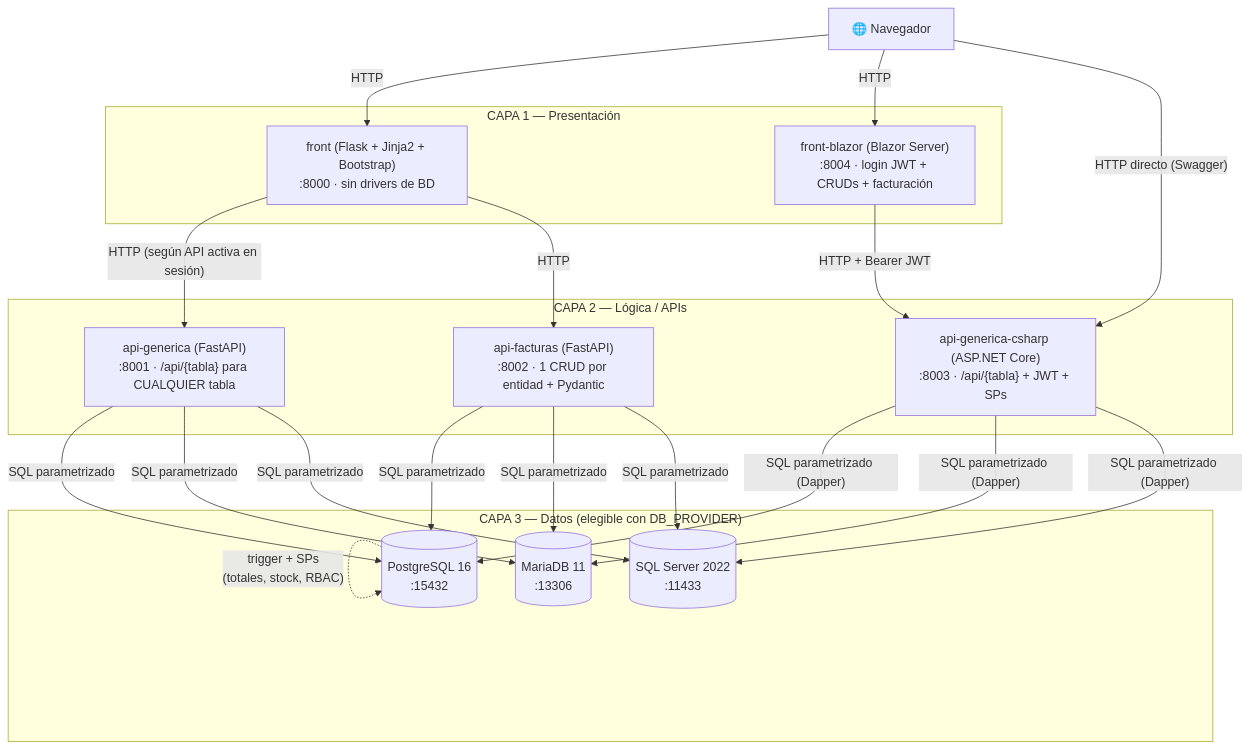
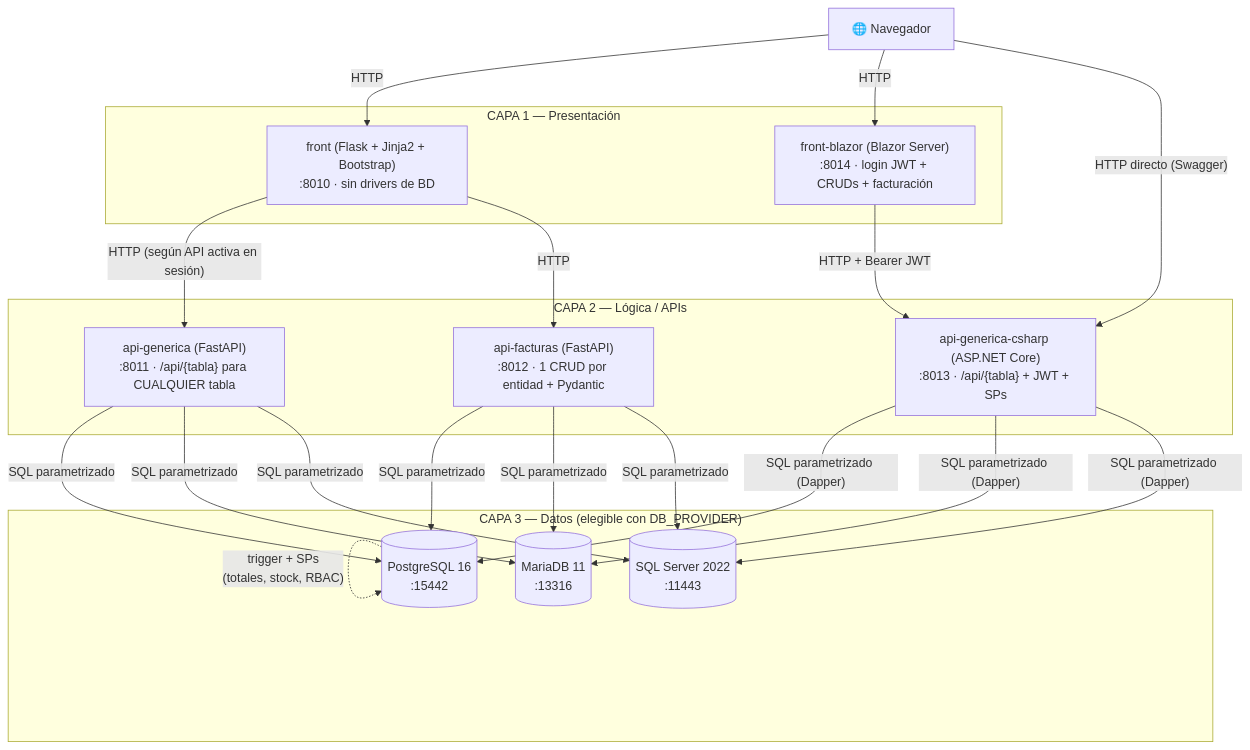
One commit to ccastro2050/proyecto_construccion1 changed the second of 8 diagrams in README.md. Above: the diagram before and after it, drawn with Mermaid. The commit also changed other lines of this file and 60 other files, not shown here.

````diff
--- a/README.md
+++ b/README.md
@@ -170,32 +170,32 @@
 ```mermaid
 flowchart TB
     NAV["🌐 Navegador"]
 
     subgraph CAPA1["CAPA 1 — Presentación"]
-        FRONT["front (Flask + Jinja2 + Bootstrap)<br/>:8000 · sin drivers de BD"]
-        FBLZ["front-blazor (Blazor Server)<br/>:8004 · login JWT + CRUDs + facturación"]
+        FRONT["front (Flask + Jinja2 + Bootstrap)<br/>:8010 · sin drivers de BD"]
+        FBLZ["front-blazor (Blazor Server)<br/>:8014 · login JWT + CRUDs + facturación"]
     end
 
     subgraph CAPA2["CAPA 2 — Lógica / APIs"]
-        AG["api-generica (FastAPI)<br/>:8001 · /api/{tabla} para CUALQUIER tabla"]
-        AF["api-facturas (FastAPI)<br/>:8002 · 1 CRUD por entidad + Pydantic"]
-        AGC["api-generica-csharp (ASP.NET Core)<br/>:8003 · /api/{tabla} + JWT + SPs"]
+        AG["api-generica (FastAPI)<br/>:8011 · /api/{tabla} para CUALQUIER tabla"]
+        AF["api-facturas (FastAPI)<br/>:8012 · 1 CRUD por entidad + Pydantic"]
+        AGC["api-generica-csharp (ASP.NET Core)<br/>:8013 · /api/{tabla} + JWT + SPs"]
     end
 
     subgraph CAPA3["CAPA 3 — Datos (elegible con DB_PROVIDER)"]
-        PG[("PostgreSQL 16<br/>:15432")]
-        MA[("MariaDB 11<br/>:13306")]
-        MS[("SQL Server 2022<br/>:11433")]
+        PG[("PostgreSQL 16<br/>:15442")]
+        MA[("MariaDB 11<br/>:13316")]
+        MS[("SQL Server 2022<br/>:11443")]
     end
 
     NAV -->|HTTP| FRONT
     NAV -->|HTTP| FBLZ
     NAV -->|"HTTP directo (Swagger)"| AGC
     FRONT -->|"HTTP (según API activa en sesión)"| AG
     FRONT -->|HTTP| AF
     FBLZ -->|"HTTP + Bearer JWT"| AGC
     AG -->|SQL parametrizado| PG & MA & MS
     AF -->|SQL parametrizado| PG & MA & MS
     AGC -->|"SQL parametrizado (Dapper)"| PG & MA & MS
     PG -.->|"trigger + SPs<br/>(totales, stock, RBAC)"| PG
 ```
````
